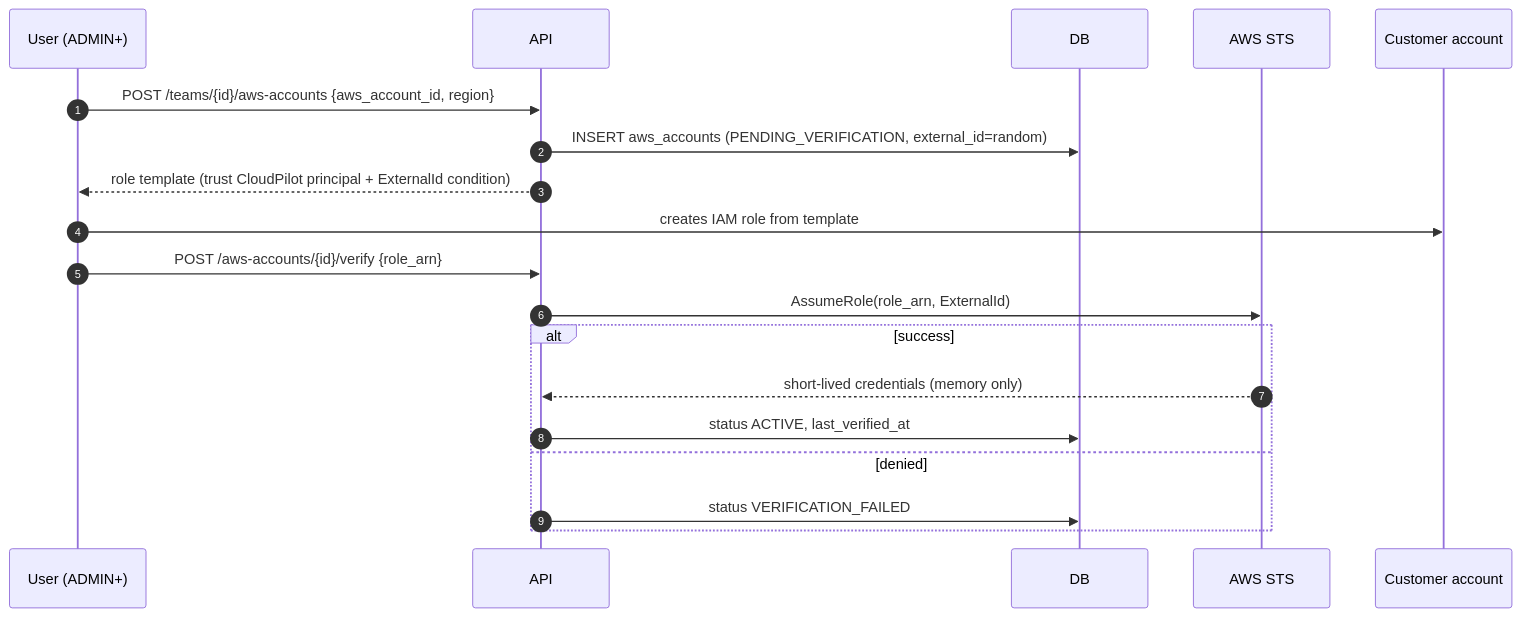
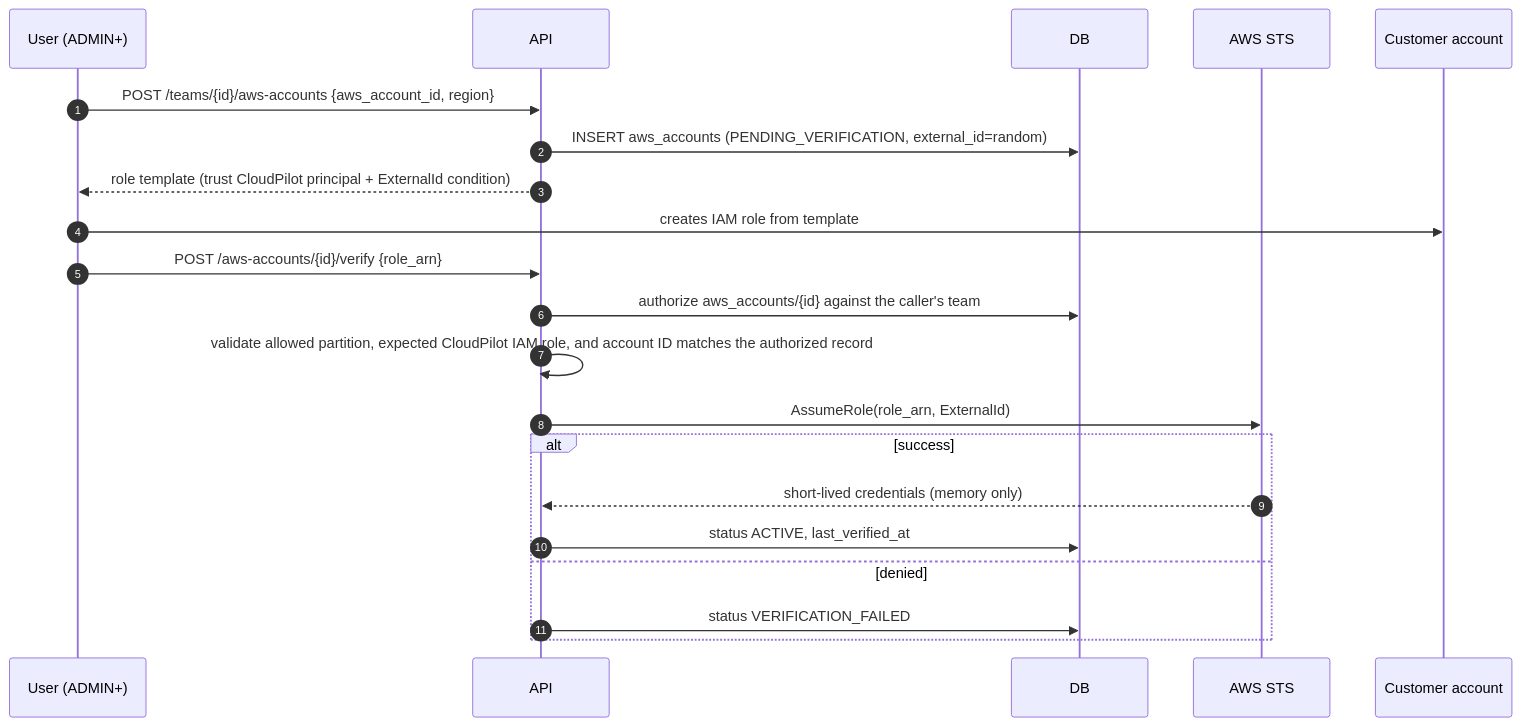
Before and after one commit to cloudcopolit/ai-cloud-deployment-platform: the fifth of 9 diagrams in project_context/07-workflows-and-sequences.md, drawn with Mermaid. The commit also changed other lines of this file and 17 other files, not shown here.

````diff
--- a/project_context/07-workflows-and-sequences.md
+++ b/project_context/07-workflows-and-sequences.md
@@ -121,21 +121,23 @@
 ```mermaid
 sequenceDiagram
     autonumber
     participant U as User (ADMIN+)
     participant API
     participant DB
     participant STS as AWS STS
     participant C as Customer account
     U->>API: POST /teams/{id}/aws-accounts {aws_account_id, region}
     API->>DB: INSERT aws_accounts (PENDING_VERIFICATION, external_id=random)
     API-->>U: role template (trust CloudPilot principal + ExternalId condition)
     U->>C: creates IAM role from template
     U->>API: POST /aws-accounts/{id}/verify {role_arn}
+    API->>DB: authorize aws_accounts/{id} against the caller's team
+    API->>API: validate allowed partition, expected CloudPilot IAM role, and account ID matches the authorized record
     API->>STS: AssumeRole(role_arn, ExternalId)
     alt success
         STS-->>API: short-lived credentials (memory only)
         API->>DB: status ACTIVE, last_verified_at
     else denied
         API->>DB: status VERIFICATION_FAILED
     end
 ```
````
